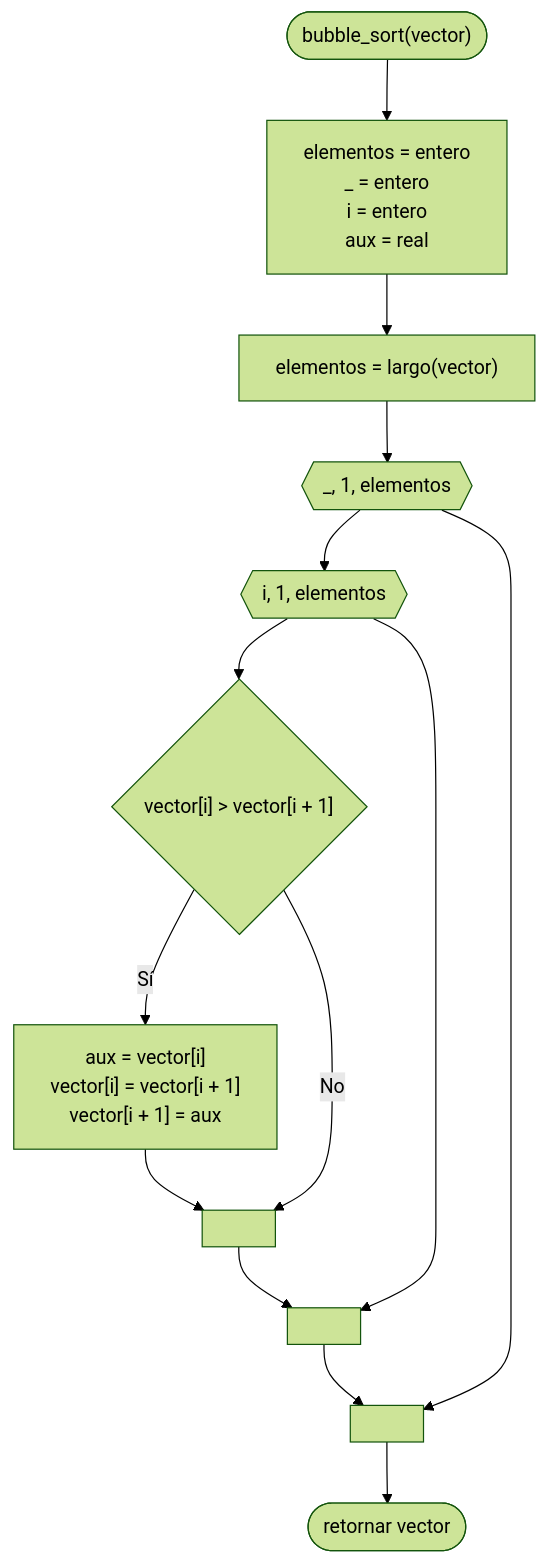
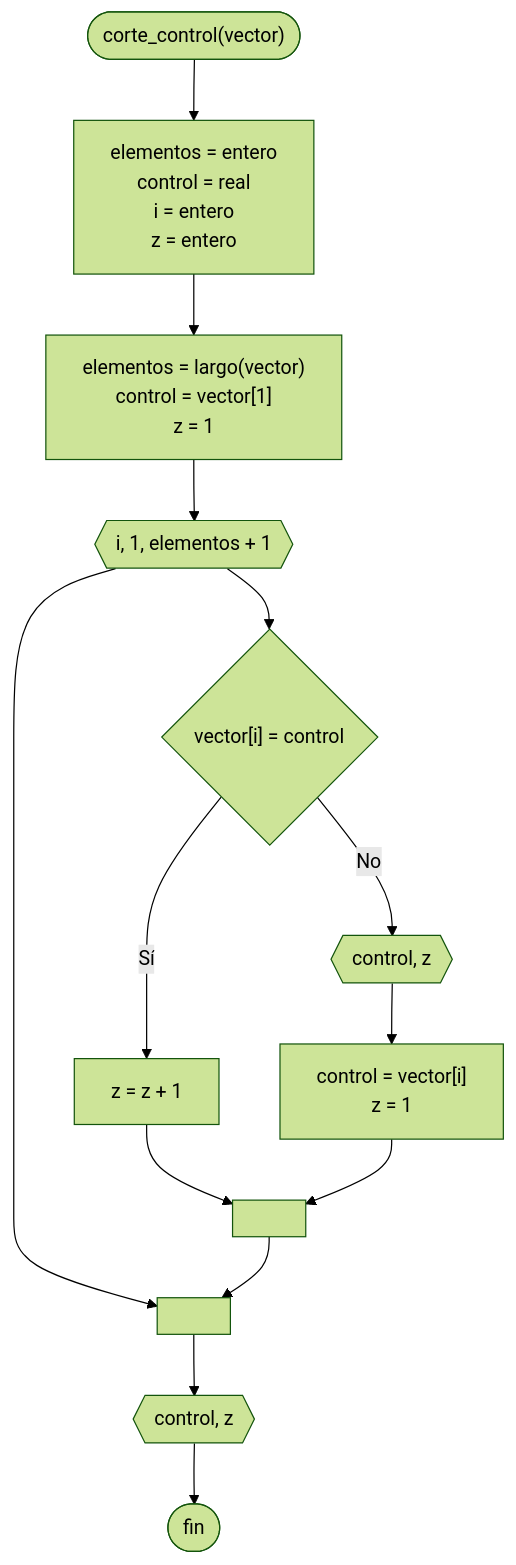
One commit to martinstanicio/ingenieria-en-sistemas changed the diagram in Algoritmos y Estructuras de Datos/Corte de control.md. Above: the diagram before and after it, drawn with Mermaid (forest theme). The commit also changed other lines of this file and 2 other files, not shown here.

Commit message:
vault backup: 2024-09-09 12:16:59

````diff
--- a/Algoritmos y Estructuras de Datos/Corte de control.md
+++ b/Algoritmos y Estructuras de Datos/Corte de control.md
@@ -29,31 +29,33 @@
 ```mermaid
 flowchart TB
-	comienzo(["bubble_sort(vector)"])
+	comienzo(["corte_control(vector)"])
     
 	variables["`elementos = entero
-	_ = entero
+	control = real
 	i = entero
-	aux = real`"]
+	z = entero`"]
 	
-	elementos["elementos = largo(vector)"]
+	inicializar["`elementos = largo(vector)
+	control = vector[1]
+	z = 1`"]
 	
-	for1{{"_, 1, elementos"}}
-	for2{{"i, 1, elementos"}}
-	if{"vector[i] > vector[i + 1]"}
-	swap["`aux = vector[i]
-	vector[i] = vector[i + 1]
-	vector[i + 1] = aux`"]
+	for{{"i, 1, elementos + 1"}}
+	if{"vector[i] = control"}
+	ifsi["z = z + 1"]
+	mostrar1{{"control, z"}}
+	ifno["`control = vector[i]
+	z = 1`"]
 	
-	fin(["retornar vector"])
+	mostrar2{{"control, z"}}
+	
+	fin([fin])
 	
 	a[" "]
 	b[" "]
-	c[" "]
     
-	comienzo --> variables --> elementos --> for1 --> for2 --> if
-	if -- "Sí" --> swap --> a
-	if -- "No" --> a
-	a --> b
-	for2 --> b --> c
-	for1 --> c --> fin
+	comienzo --> variables --> inicializar --> for --> if
+	if -- "Sí" --> ifsi --> a
+	if -- "No" --> mostrar1 --> ifno --> a
+	for --> b
+	a --> b --> mostrar2 --> fin
 ```
````
